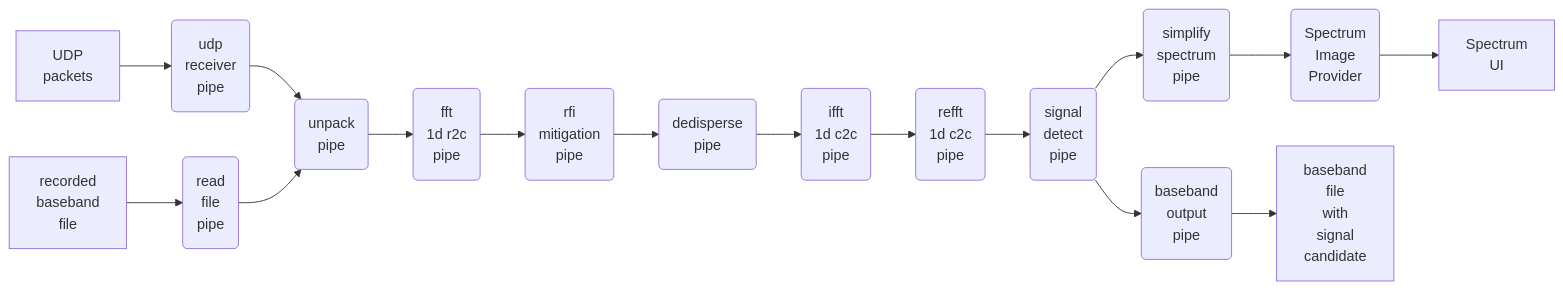
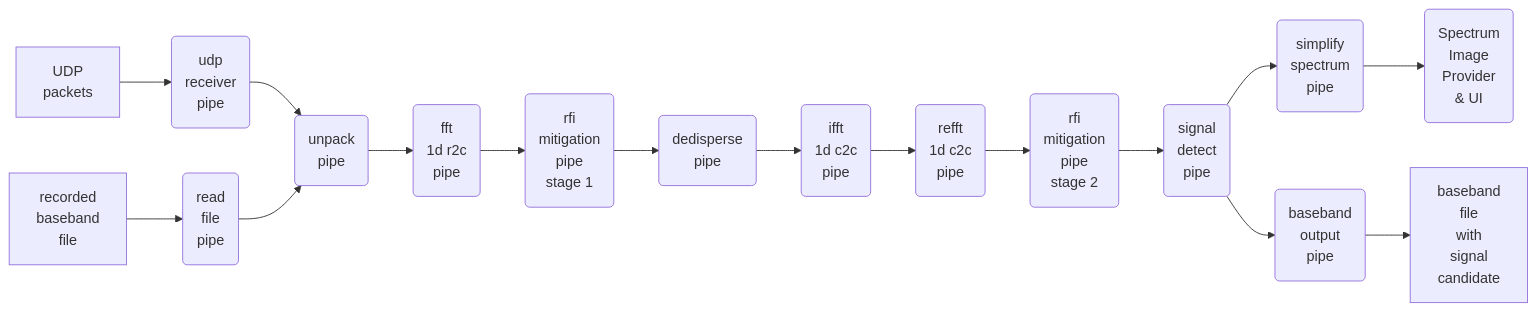
One commit to fxzjshm/simple-radio-telescope-backend changed the diagram in README.md. Above: the diagram before and after it, drawn with Mermaid. The commit also changed other lines of this file, not shown here.

Commit message:
[userspace] doc: update README.md

````diff
--- a/README.md
+++ b/README.md
@@ -25,27 +27,27 @@
 ```mermaid
 graph LR;
   UDP_packets[UDP <br/> packets];
   recorded_baseband_file[recorded <br/> baseband <br/> file];
   udp_receiver_pipe(udp <br/> receiver <br/> pipe);
   read_file_pipe(read <br/> file <br/> pipe);
   unpack_pipe(unpack <br/> pipe);
   fft_1d_r2c_pipe(fft <br/> 1d r2c <br/> pipe);
-  rfi_mitigation_pipe(rfi <br/> mitigation <br/> pipe);
+  rfi_mitigation_pipe_stage1(rfi <br/> mitigation <br/> pipe <br/> stage 1);
   dedisperse_pipe(dedisperse <br/> pipe);
   ifft_1d_c2c_pipe(ifft <br/> 1d c2c <br/> pipe);
   refft_1d_c2c_pipe(refft <br/> 1d c2c <br/> pipe);
+  rfi_mitigation_pipe_stage2(rfi <br/> mitigation <br/> pipe <br/> stage 2);
   signal_detect_pipe(signal <br/> detect <br/> pipe);
   baseband_output_pipe(baseband <br/> output <br/> pipe);
   simplify_spectrum_pipe(simplify <br/> spectrum <br/> pipe);
-  SpectrumImageProvider(Spectrum <br/> Image <br/> Provider);
+  SpectrumImageProvider(Spectrum <br/> Image <br/> Provider <br/> & UI);
   baseband_file_with_signal_candidate[baseband <br/> file <br/> with <br/> signal <br/> candidate]
-  spectrum_ui[Spectrum <br/> UI]
 
   UDP_packets --> udp_receiver_pipe --> unpack_pipe;
   recorded_baseband_file --> read_file_pipe --> unpack_pipe;
-  unpack_pipe --> fft_1d_r2c_pipe --> rfi_mitigation_pipe --> dedisperse_pipe --> ifft_1d_c2c_pipe --> refft_1d_c2c_pipe --> signal_detect_pipe;
+  unpack_pipe --> fft_1d_r2c_pipe --> rfi_mitigation_pipe_stage1 --> dedisperse_pipe --> ifft_1d_c2c_pipe --> refft_1d_c2c_pipe --> rfi_mitigation_pipe_stage2 --> signal_detect_pipe;
   signal_detect_pipe --> simplify_spectrum_pipe;
   signal_detect_pipe --> baseband_output_pipe;
   baseband_output_pipe --> baseband_file_with_signal_candidate
-  simplify_spectrum_pipe --> SpectrumImageProvider --> spectrum_ui
+  simplify_spectrum_pipe --> SpectrumImageProvider
 ```
````
